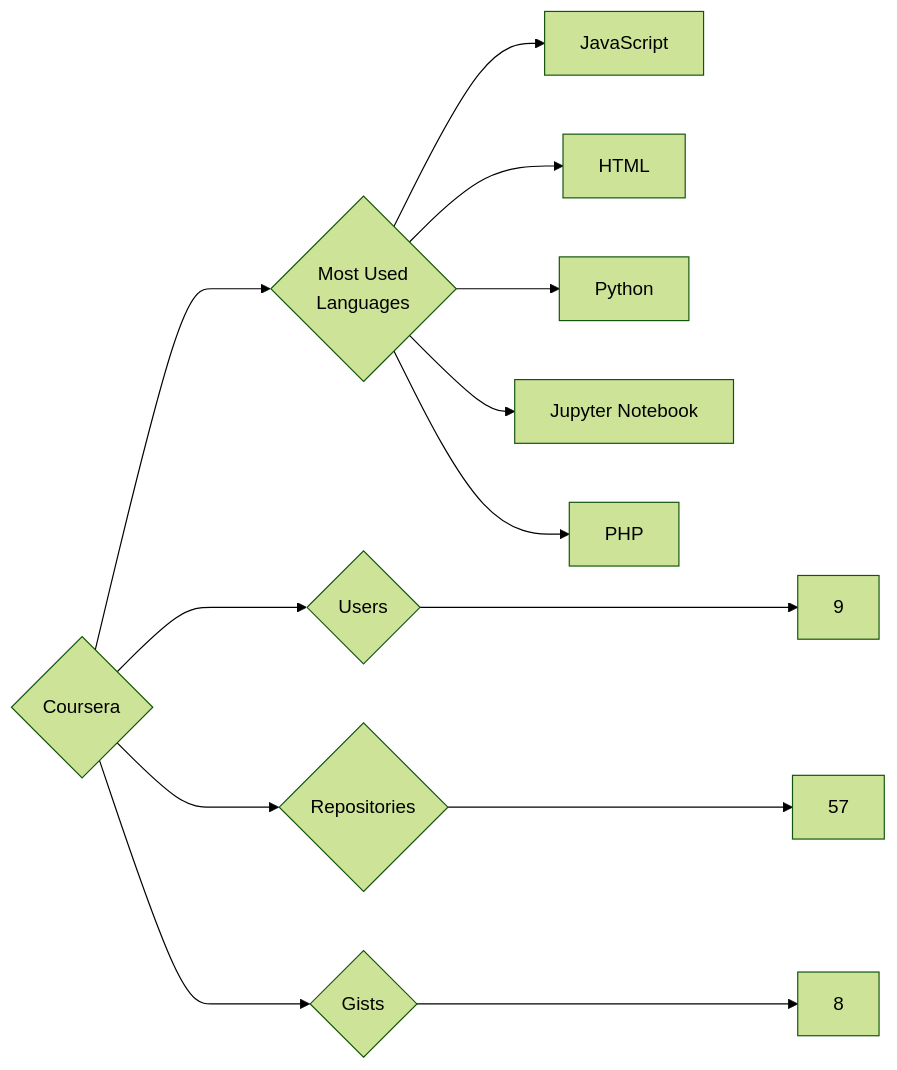
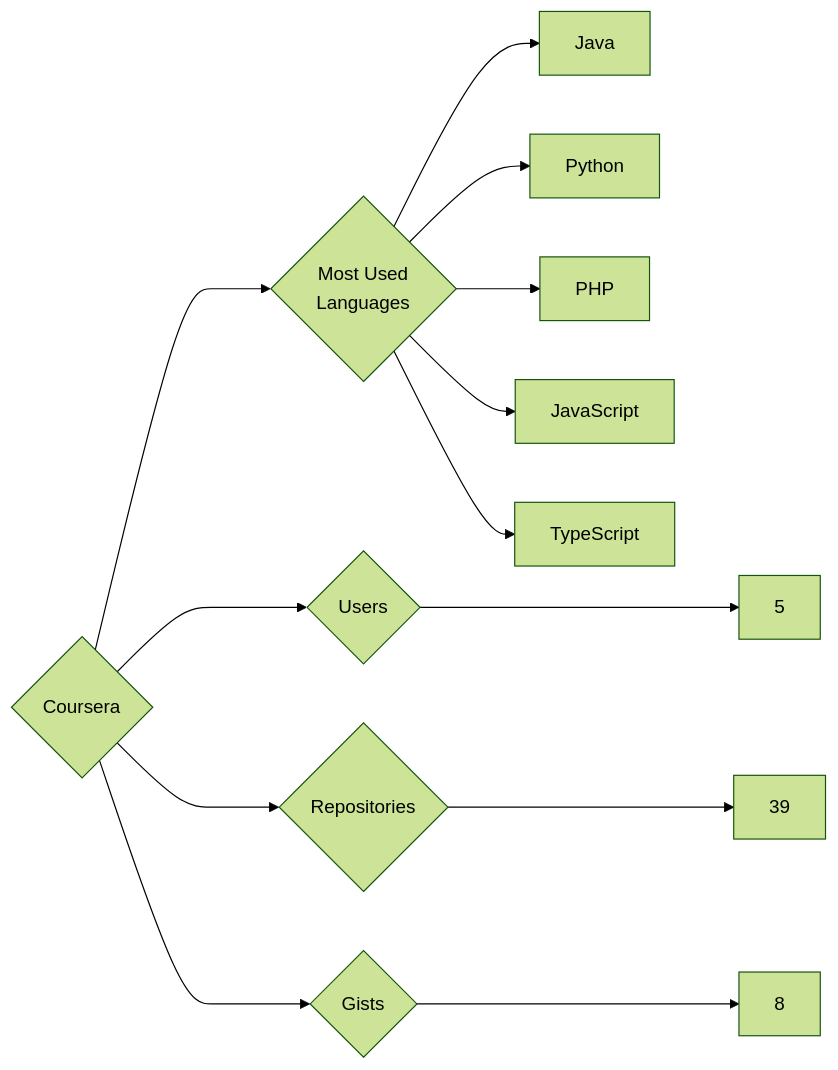
The diagram in targets/Coursera/README.md (trickest/insiders), drawn with Mermaid (forest theme) before and after one commit. The commit also changed 1141 other files, not shown here.

````diff
--- a/targets/Coursera/README.md
+++ b/targets/Coursera/README.md
@@ -3,13 +3,13 @@
 ```mermaid
 graph LR
 COMPANY_NAME{Coursera}
-COMPANY_NAME ---> U{Users} ---> UN[9]
-COMPANY_NAME ---> R{Repositories} ---> RN[57]
+COMPANY_NAME ---> U{Users} ---> UN[5]
+COMPANY_NAME ---> R{Repositories} ---> RN[39]
 COMPANY_NAME ---> G{Gists} ---> GN[8]
 COMPANY_NAME ---> ML{Most Used<br>Languages}
+ML --> Java[Java]
+ML --> Python[Python]
+ML --> PHP[PHP]
 ML --> JavaScript[JavaScript]
-ML --> HTML[HTML]
-ML --> Python[Python]
-ML --> Jupyter_Notebook[Jupyter Notebook]
-ML --> PHP[PHP]
+ML --> TypeScript[TypeScript]
 ```
````
